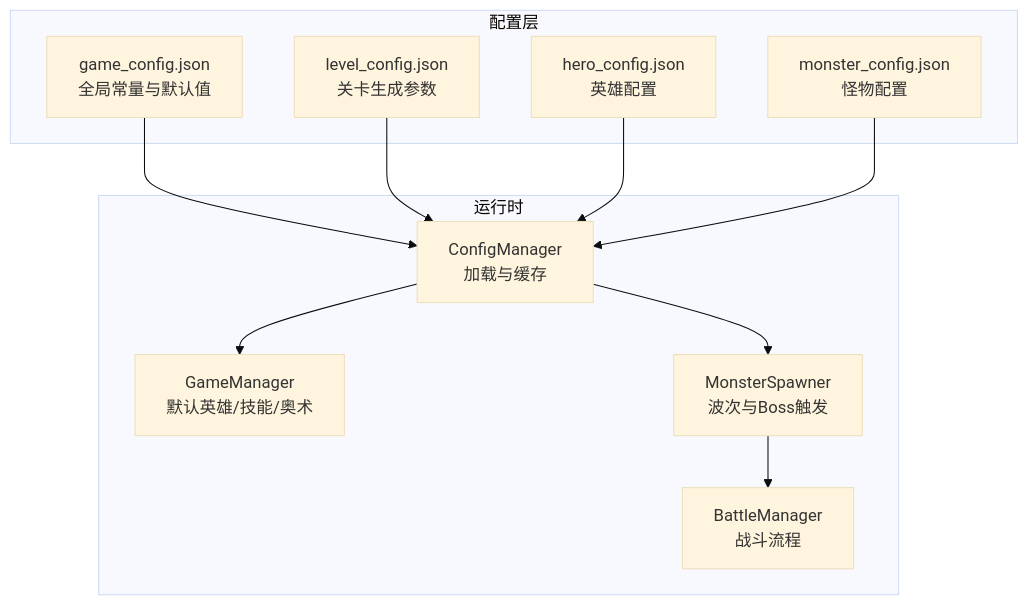
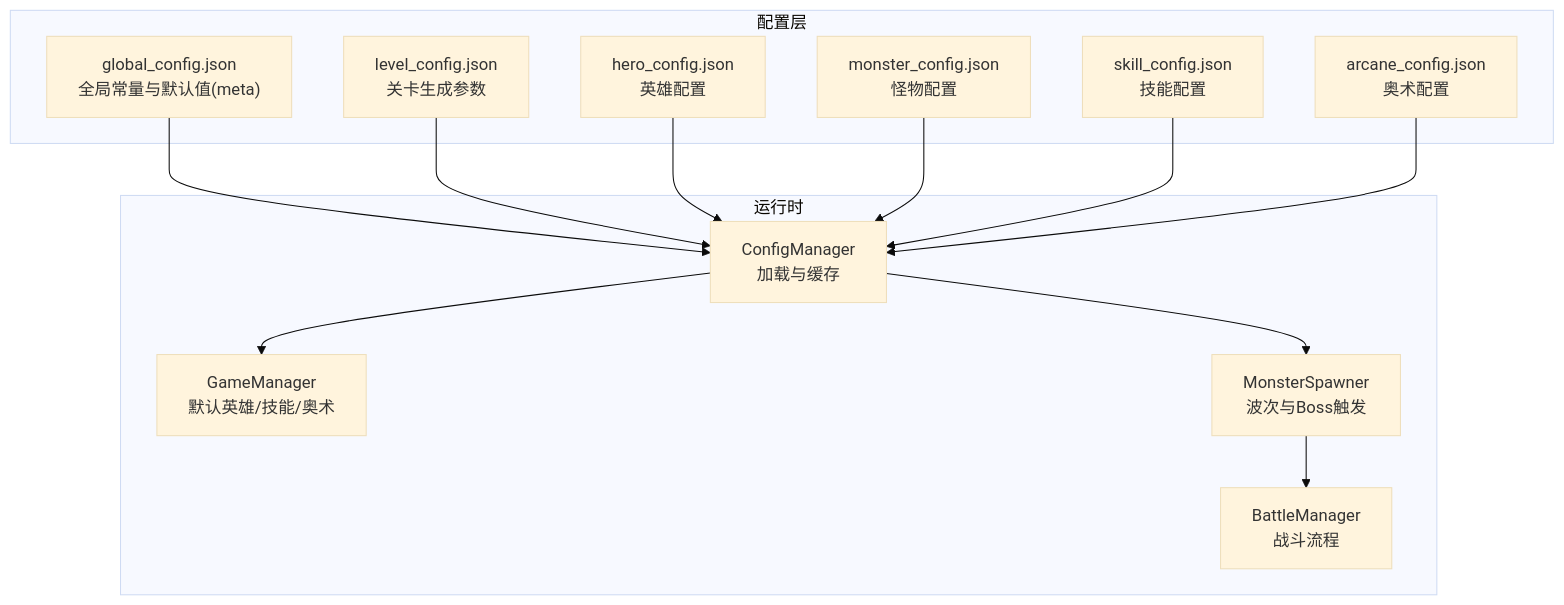
One commit to Tuusen/p1_client changed the first of 5 diagrams in .qoder/repowiki/zh/content/配置管理系统/配置文件类型/全局配置文件.md. Above: the diagram before and after it, drawn with Mermaid (base theme). The commit also changed other lines of this file and 85 other files, not shown here.

````diff
--- a/.qoder/repowiki/zh/content/配置管理系统/配置文件类型/全局配置文件.md
+++ b/.qoder/repowiki/zh/content/配置管理系统/配置文件类型/全局配置文件.md
@@ -37,22 +39,26 @@
 ```mermaid
 graph TB
 subgraph "配置层"
-GC["game_config.json<br/>全局常量与默认值"]
+GC["global_config.json<br/>全局常量与默认值(meta)"]
 LC["level_config.json<br/>关卡生成参数"]
 HC["hero_config.json<br/>英雄配置"]
 MC["monster_config.json<br/>怪物配置"]
+SC["skill_config.json<br/>技能配置"]
+AC["arcane_config.json<br/>奥术配置"]
 end
 subgraph "运行时"
 CM["ConfigManager<br/>加载与缓存"]
 GM["GameManager<br/>默认英雄/技能/奥术"]
 MS["MonsterSpawner<br/>波次与Boss触发"]
 BM["BattleManager<br/>战斗流程"]
 end
 GC --> CM
 LC --> CM
 HC --> CM
 MC --> CM
+SC --> CM
+AC --> CM
 CM --> GM
 CM --> MS
 MS --> BM
 ```
````
